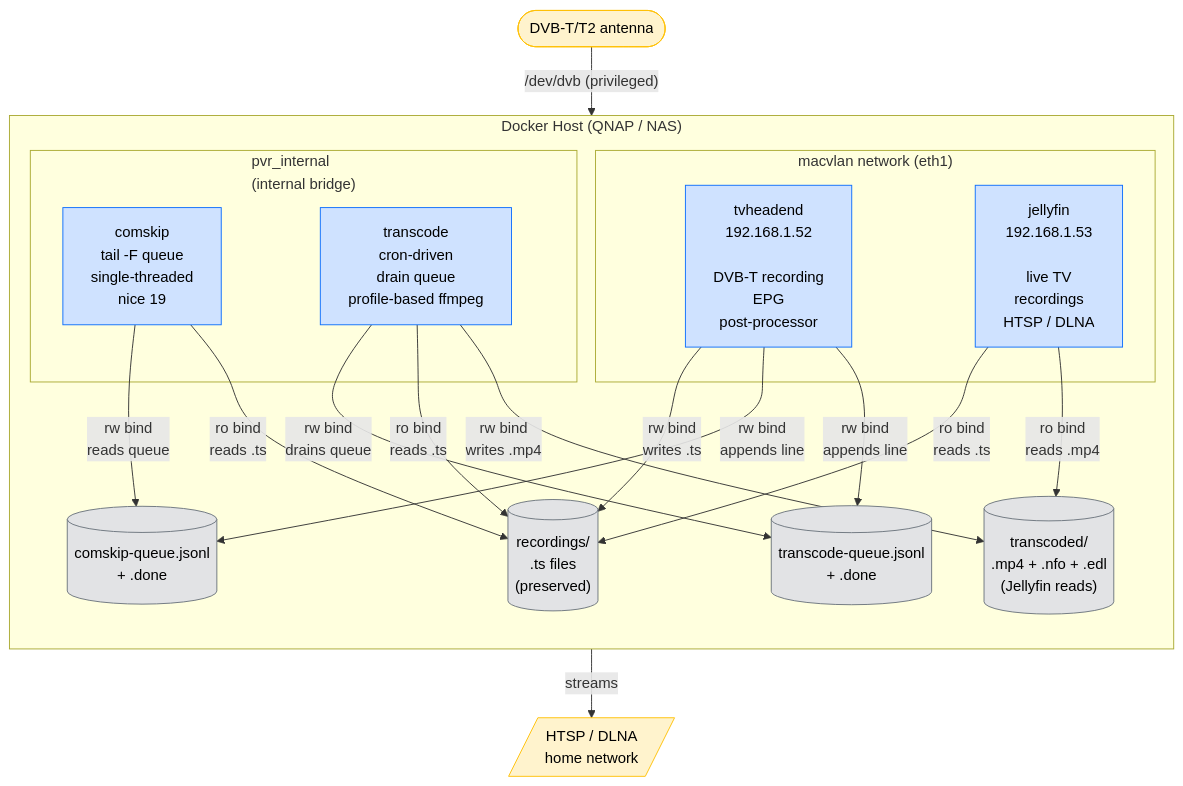
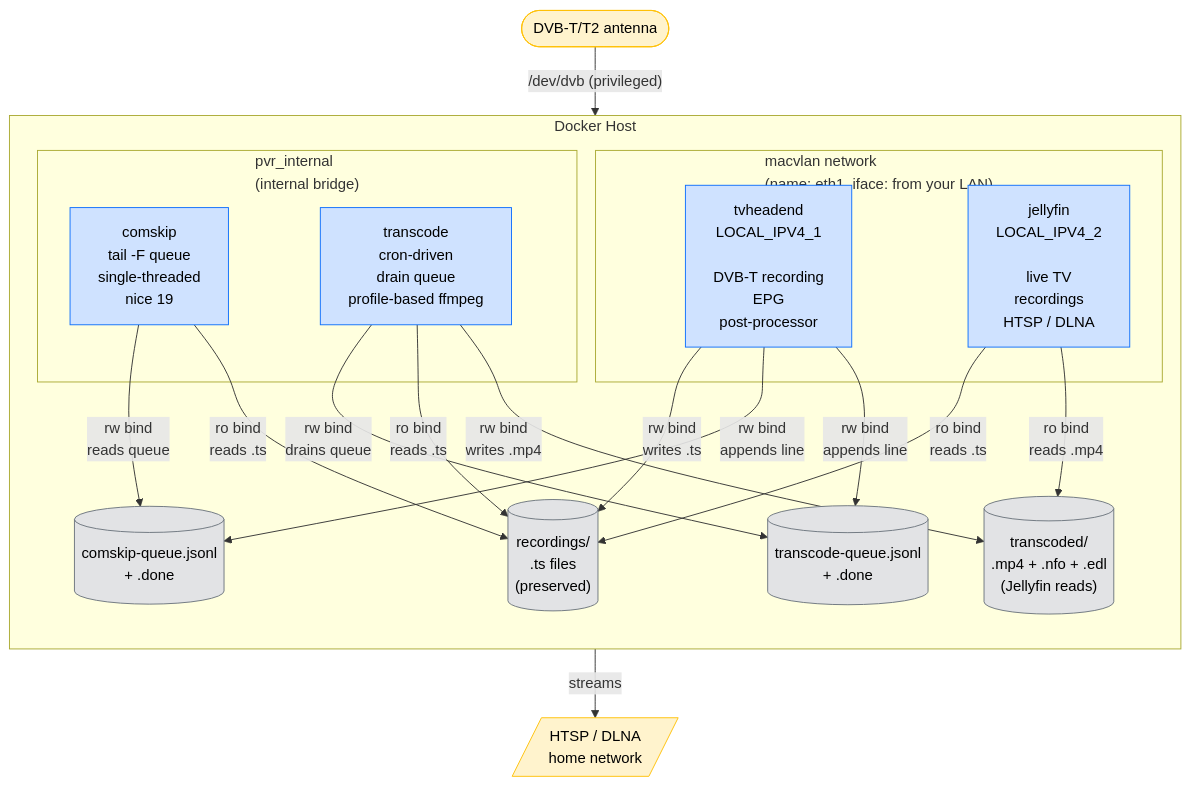
One commit to petekaik/qnap-pvr changed the second of 4 diagrams in docs/ARCHITECTURE.md. Above: the diagram before and after it, drawn with Mermaid. The commit also changed other lines of this file and 8 other files, not shown here.

````diff
--- a/docs/ARCHITECTURE.md
+++ b/docs/ARCHITECTURE.md
@@ -33,43 +35,43 @@
 ```mermaid
 flowchart TB
     classDef pvrNode fill:#cfe2ff,stroke:#0d6efd,color:#000
     classDef pvrDb fill:#e2e3e5,stroke:#6c757d,color:#000
     classDef extNode fill:#fff3cd,stroke:#ffc107,color:#000
 
-    subgraph host["Docker Host (QNAP / NAS)"]
+    subgraph host["Docker Host"]
         direction TB
 
-        subgraph eth1["macvlan network (eth1)"]
-            tvh["tvheadend<br/>192.168.1.52<br/><br/>DVB-T recording<br/>EPG<br/>post-processor"]:::pvrNode
-            jf["jellyfin<br/>192.168.1.53<br/><br/>live TV<br/>recordings<br/>HTSP / DLNA"]:::pvrNode
+        subgraph macvlan_net["macvlan network<br/>(name: eth1, iface: from your LAN)"]
+            tvh["tvheadend<br/>LOCAL_IPV4_1<br/><br/>DVB-T recording<br/>EPG<br/>post-processor"]:::pvrNode
+            jf["jellyfin<br/>LOCAL_IPV4_2<br/><br/>live TV<br/>recordings<br/>HTSP / DLNA"]:::pvrNode
         end
 
         subgraph pvr_int["pvr_internal<br/>(internal bridge)"]
             cs["comskip<br/>tail -F queue<br/>single-threaded<br/>nice 19"]:::pvrNode
             tr["transcode<br/>cron-driven<br/>drain queue<br/>profile-based ffmpeg"]:::pvrNode
         end
 
         rec[("recordings/<br/>.ts files<br/>(preserved)")]:::pvrDb
         mp4[("transcoded/<br/>.mp4 + .nfo + .edl<br/>(Jellyfin reads)")]:::pvrDb
         csQ[("comskip-queue.jsonl<br/>+ .done")]:::pvrDb
         trQ[("transcode-queue.jsonl<br/>+ .done")]:::pvrDb
     end
 
     antenna(["DVB-T/T2 antenna"]):::extNode
     upstream[/"HTSP / DLNA<br/>home network"/]:::extNode
 
     antenna -- "/dev/dvb (privileged)" --> tvh
     tvh -- "rw bind<br/>writes .ts" --> rec
     tvh -- "rw bind<br/>appends line" --> csQ
     tvh -- "rw bind<br/>appends line" --> trQ
     cs -- "rw bind<br/>reads queue" --> csQ
     cs -- "ro bind<br/>reads .ts" --> rec
     tr -- "rw bind<br/>drains queue" --> trQ
     tr -- "ro bind<br/>reads .ts" --> rec
     tr -- "rw bind<br/>writes .mp4" --> mp4
     jf -- "ro bind<br/>reads .ts" --> rec
     jf -- "ro bind<br/>reads .mp4" --> mp4
     jf -- "streams" --> upstream
 
     classDef host fill:#f8f9fa,stroke:#dee2e6,color:#000
 ```
````
